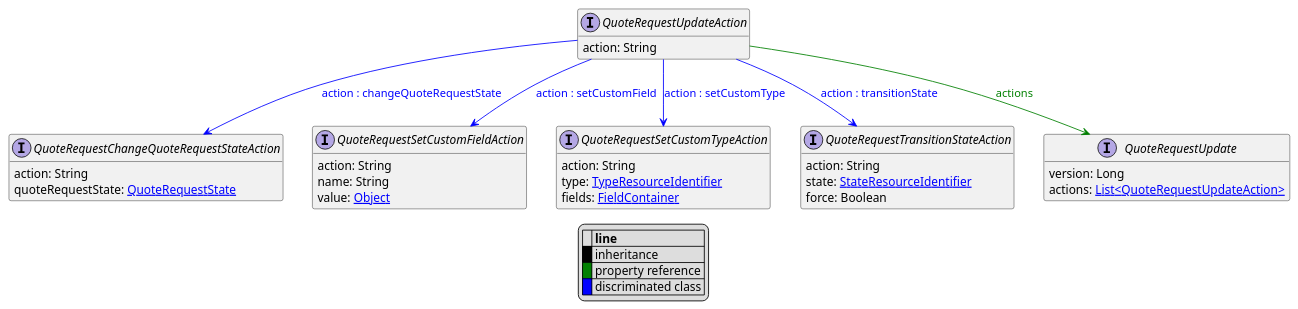
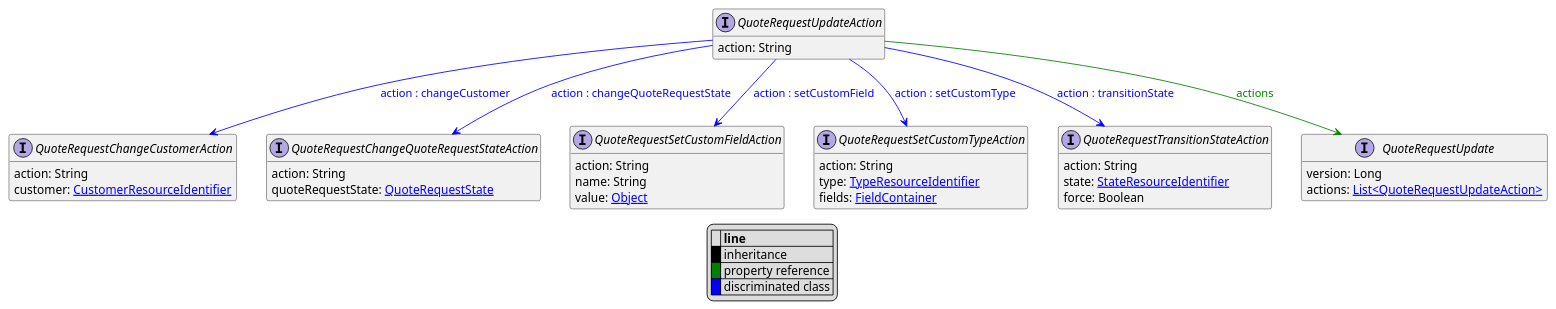
One commit to commercetools/commercetools-api-reference changed the diagram in uml/api/QuoteRequestUpdateAction.puml. Above: the diagram before and after it, drawn with PlantUML. The commit also changed 28 other files, not shown here.

```diff
--- a/uml/api/QuoteRequestUpdateAction.puml
+++ b/uml/api/QuoteRequestUpdateAction.puml
@@ -1,44 +1,49 @@
 @startuml
 
 hide empty fields
 hide empty methods
 legend
 |= |= line |
 |<back:black>   </back>| inheritance |
 |<back:green>   </back>| property reference |
 |<back:blue>   </back>| discriminated class |
 endlegend
 interface QuoteRequestUpdateAction [[QuoteRequestUpdateAction.svg]]  {
     action: String
 }
 
 
+interface QuoteRequestChangeCustomerAction [[QuoteRequestChangeCustomerAction.svg]]  {
+    action: String
+    customer: [[CustomerResourceIdentifier.svg CustomerResourceIdentifier]]
+}
 interface QuoteRequestChangeQuoteRequestStateAction [[QuoteRequestChangeQuoteRequestStateAction.svg]]  {
     action: String
     quoteRequestState: [[QuoteRequestState.svg QuoteRequestState]]
 }
 interface QuoteRequestSetCustomFieldAction [[QuoteRequestSetCustomFieldAction.svg]]  {
     action: String
     name: String
     value: [[Object.svg Object]]
 }
 interface QuoteRequestSetCustomTypeAction [[QuoteRequestSetCustomTypeAction.svg]]  {
     action: String
     type: [[TypeResourceIdentifier.svg TypeResourceIdentifier]]
     fields: [[FieldContainer.svg FieldContainer]]
 }
 interface QuoteRequestTransitionStateAction [[QuoteRequestTransitionStateAction.svg]]  {
     action: String
     state: [[StateResourceIdentifier.svg StateResourceIdentifier]]
     force: Boolean
 }
 interface QuoteRequestUpdate [[QuoteRequestUpdate.svg]]  {
     version: Long
     actions: [[QuoteRequestUpdateAction.svg List<QuoteRequestUpdateAction>]]
 }
+QuoteRequestUpdateAction --> QuoteRequestChangeCustomerAction #blue;text:blue : "action : changeCustomer"
 QuoteRequestUpdateAction --> QuoteRequestChangeQuoteRequestStateAction #blue;text:blue : "action : changeQuoteRequestState"
 QuoteRequestUpdateAction --> QuoteRequestSetCustomFieldAction #blue;text:blue : "action : setCustomField"
 QuoteRequestUpdateAction --> QuoteRequestSetCustomTypeAction #blue;text:blue : "action : setCustomType"
 QuoteRequestUpdateAction --> QuoteRequestTransitionStateAction #blue;text:blue : "action : transitionState"
 QuoteRequestUpdateAction --> QuoteRequestUpdate #green;text:green : "actions"
 @enduml
```
